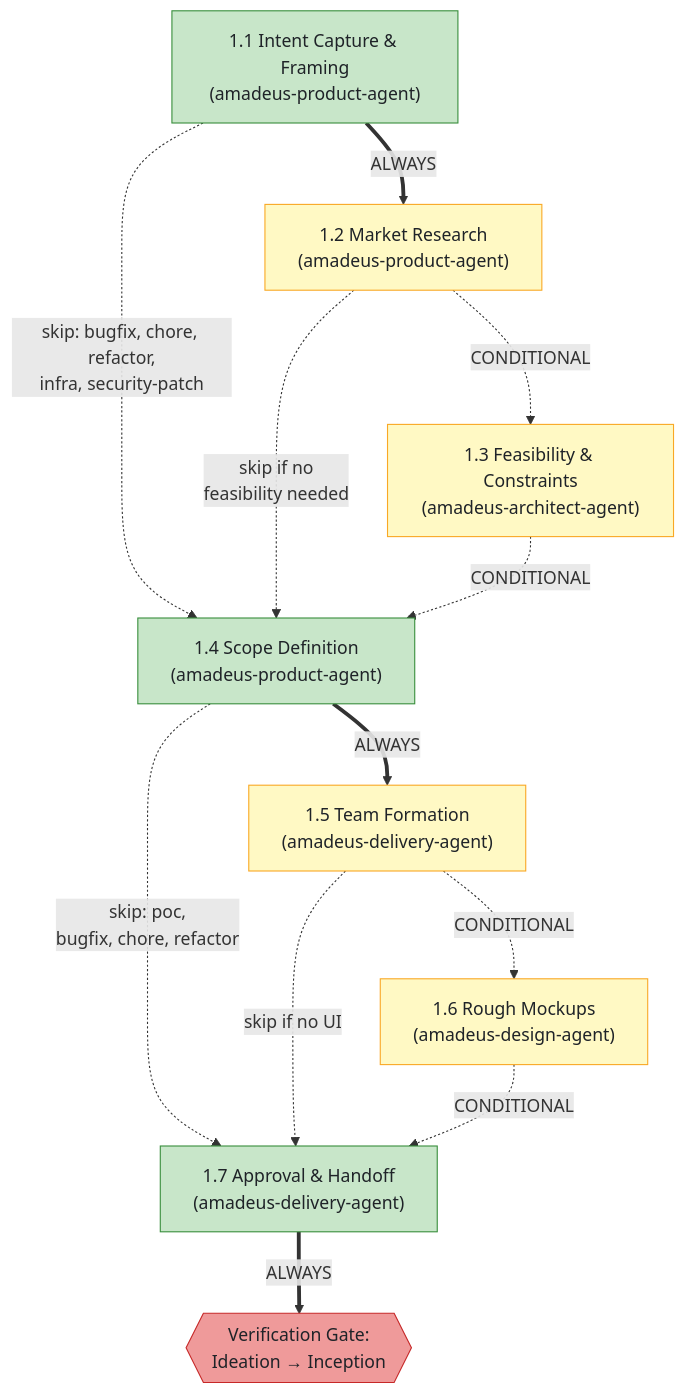
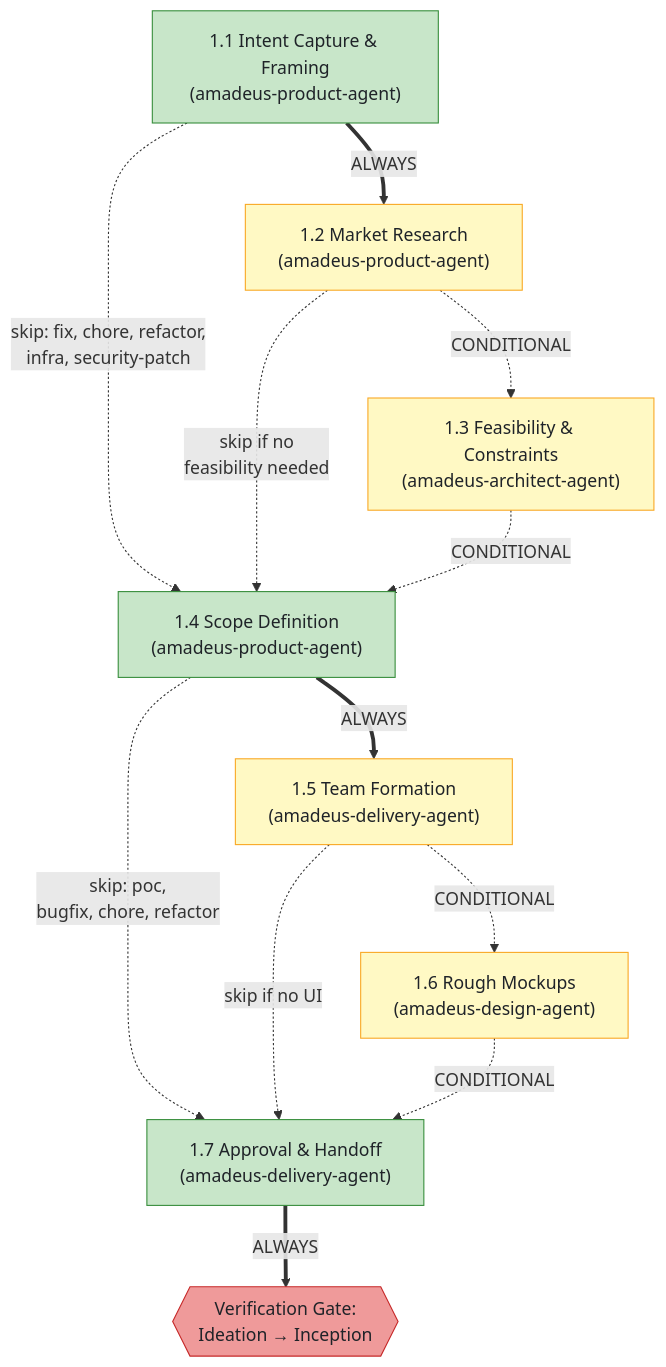
Before and after one commit to amadeus-dlc/amadeus: the second of 6 diagrams in docs/guide/04-phases-and-stages.ja.md, drawn with Mermaid. The commit also changed other lines of this file and 666 other files, not shown here.

````diff
--- a/docs/guide/04-phases-and-stages.ja.md
+++ b/docs/guide/04-phases-and-stages.ja.md
@@ -88,32 +88,32 @@
 ```mermaid
 flowchart TD
     S11["1.1 Intent Capture & Framing\n(amadeus-product-agent)"]
     S12["1.2 Market Research\n(amadeus-product-agent)"]
     S13["1.3 Feasibility & Constraints\n(amadeus-architect-agent)"]
     S14["1.4 Scope Definition\n(amadeus-product-agent)"]
     S15["1.5 Team Formation\n(amadeus-delivery-agent)"]
     S16["1.6 Rough Mockups\n(amadeus-design-agent)"]
     S17["1.7 Approval & Handoff\n(amadeus-delivery-agent)"]
     VG1{{"Verification Gate:\nIdeation → Inception"}}
 
     S11 ==>|ALWAYS| S12
-    S11 -.->|"skip: bugfix, chore, refactor,\ninfra, security-patch"| S14
+    S11 -.->|"skip: fix, chore, refactor,\ninfra, security-patch"| S14
     S12 -.->|CONDITIONAL| S13
     S12 -.->|"skip if no\nfeasibility needed"| S14
     S13 -.->|CONDITIONAL| S14
     S14 ==>|ALWAYS| S15
     S14 -.->|"skip: poc,\nbugfix, chore, refactor"| S17
     S15 -.->|CONDITIONAL| S16
     S15 -.->|"skip if no UI"| S17
     S16 -.->|CONDITIONAL| S17
     S17 ==>|ALWAYS| VG1
 
     style S11 fill:#c8e6c9,stroke:#388e3c,color:#1f2328
     style S14 fill:#c8e6c9,stroke:#388e3c,color:#1f2328
     style S17 fill:#c8e6c9,stroke:#388e3c,color:#1f2328
     style S12 fill:#fff9c4,stroke:#f9a825,color:#1f2328
     style S13 fill:#fff9c4,stroke:#f9a825,color:#1f2328
     style S15 fill:#fff9c4,stroke:#f9a825,color:#1f2328
     style S16 fill:#fff9c4,stroke:#f9a825,color:#1f2328
     style VG1 fill:#ef9a9a,stroke:#c62828,color:#1f2328
 ```
````
